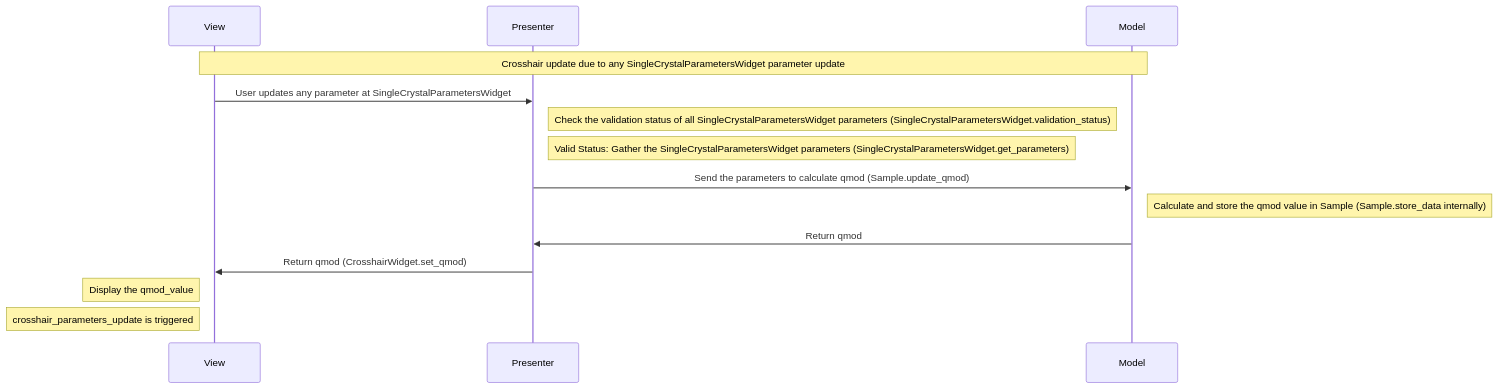
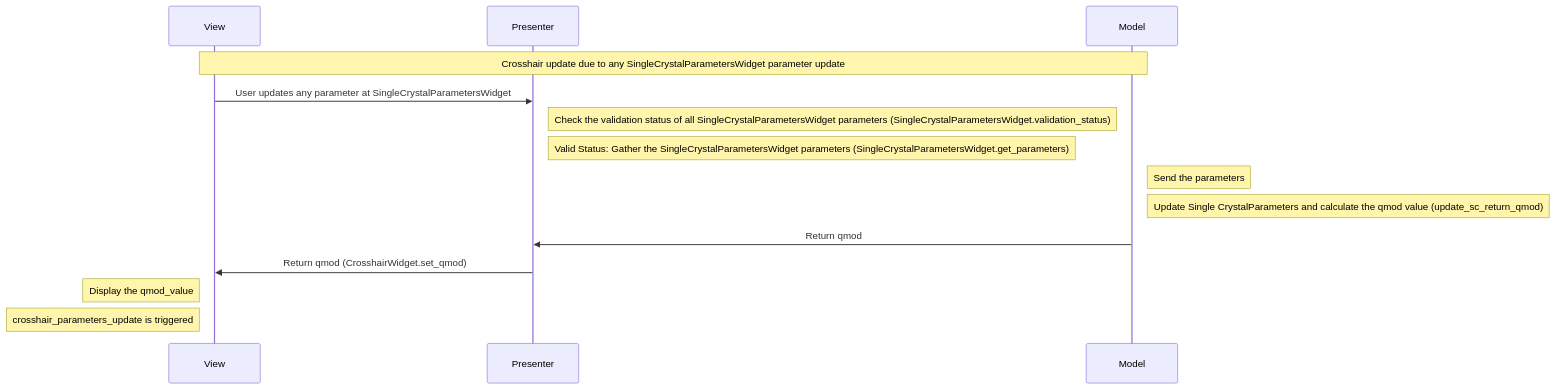
Diagram 11 of 12 in docs/source/design/hyspecpptclasses.rst (neutrons/hyspecppt), drawn with Mermaid before and after one commit. The commit also changed other lines of this file, not shown here.

```diff
--- a/docs/source/design/hyspecpptclasses.rst
+++ b/docs/source/design/hyspecpptclasses.rst
@@ -612,17 +569,17 @@
         .. mermaid::
 
             sequenceDiagram
                 participant View
                 participant Presenter
                 participant Model
 
                 Note over View,Model: Crosshair update due to any SingleCrystalParametersWidget parameter update
                 View->>Presenter: User updates any parameter at SingleCrystalParametersWidget
                 Note right of Presenter: Check the validation status of all SingleCrystalParametersWidget parameters (SingleCrystalParametersWidget.validation_status)
                 Note right of Presenter: Valid Status: Gather the SingleCrystalParametersWidget parameters (SingleCrystalParametersWidget.get_parameters)
-                Presenter->>Model: Send the parameters to calculate qmod (Sample.update_qmod)
-                Note right of Model: Calculate and store the qmod value in Sample (Sample.store_data internally)
+                Note right of Model: Send the parameters
+                Note right of Model: Update Single CrystalParameters and calculate the qmod value (update_sc_return_qmod)
                 Model->>Presenter: Return qmod
                 Presenter->>View: Return qmod (CrosshairWidget.set_qmod)
                 Note left of View: Display the qmod_value
                 Note left of View: crosshair_parameters_update is triggered
```
